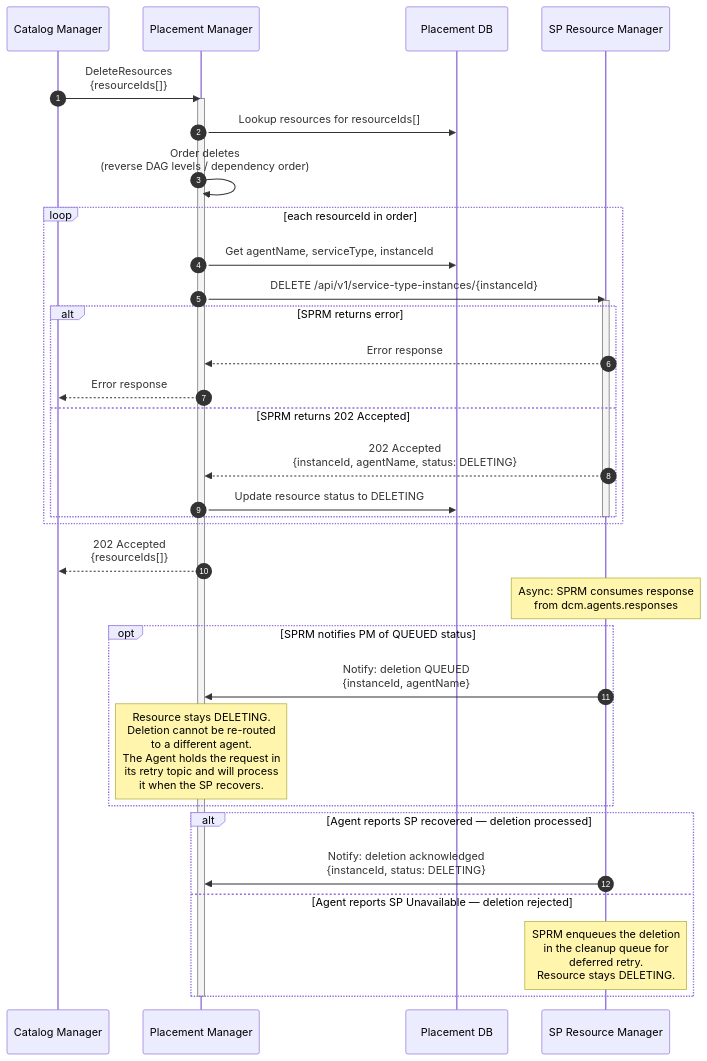
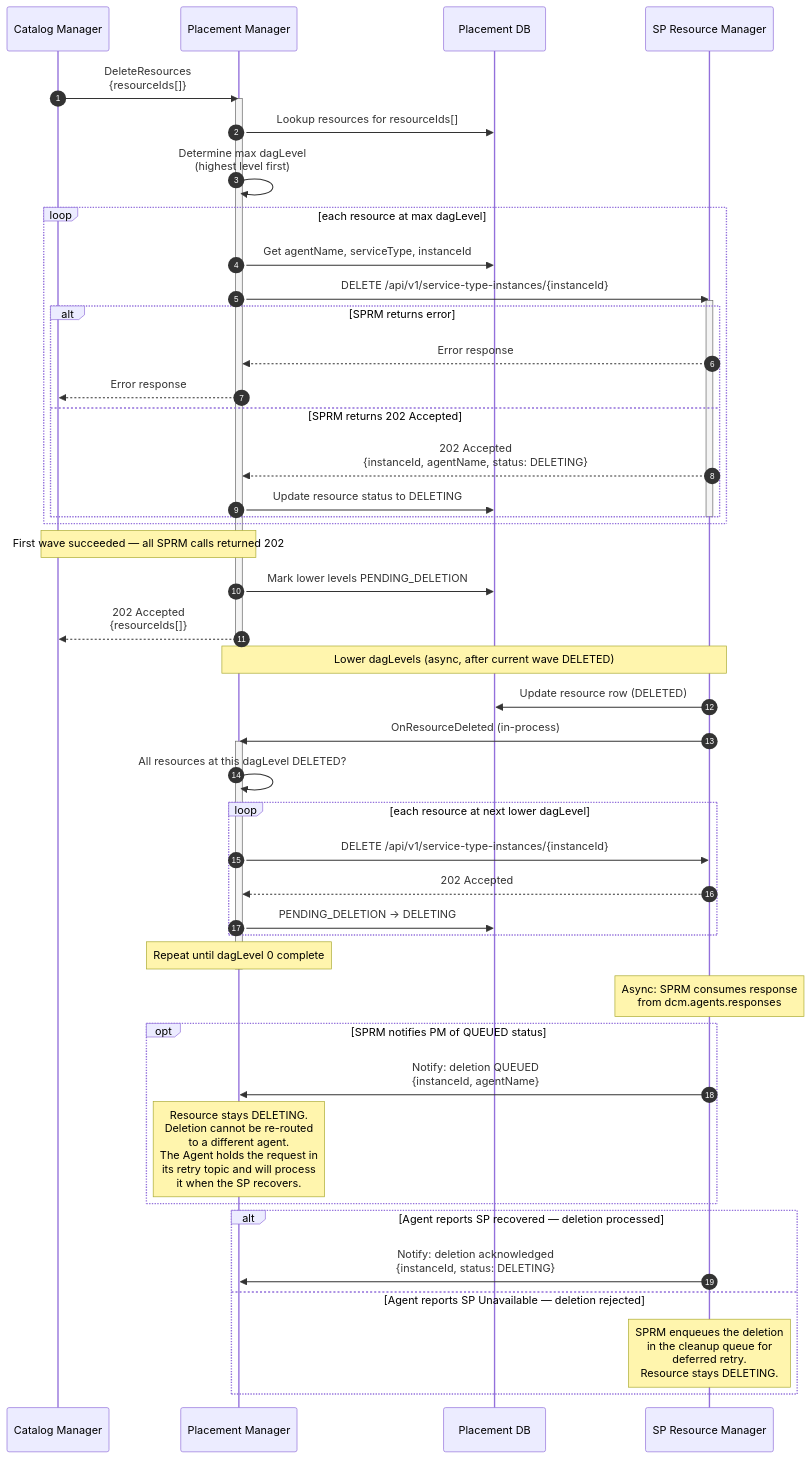
The fourth of 4 diagrams in enhancements/placement-manager/placement-manager.md (dcm-project/enhancements), drawn with Mermaid before and after one commit. The commit also changed other lines of this file and 1 other file, not shown here.

Commit message:
Update deletion flow and diagram Assisted-By: Cursor AI

````diff
--- a/enhancements/placement-manager/placement-manager.md
+++ b/enhancements/placement-manager/placement-manager.md
@@ -773,45 +778,65 @@
 ```mermaid
 sequenceDiagram
     autonumber
     participant CM as Catalog Manager
     participant PM as Placement Manager
     participant DB as Placement DB
     participant SPRM as SP Resource Manager
 
     CM->>PM: DeleteResources<br/>{resourceIds[]}
     activate PM
 
     PM->>DB: Lookup resources for resourceIds[]
-    PM->>PM: Order deletes<br/>(reverse DAG levels / dependency order)
+    PM->>PM: Determine max dagLevel<br/>(highest level first)
 
-    loop each resourceId in order
+    loop each resource at max dagLevel
         PM->>DB: Get agentName, serviceType, instanceId
         PM->>SPRM: DELETE /api/v1/service-type-instances/{instanceId}
         activate SPRM
 
         alt SPRM returns error
             SPRM-->>PM: Error response
             PM-->>CM: Error response
         else SPRM returns 202 Accepted
             SPRM-->>PM: 202 Accepted<br/>{instanceId, agentName, status: DELETING}
             PM->>DB: Update resource status to DELETING
         end
         deactivate SPRM
     end
 
+    Note over PM,CM: First wave succeeded — all SPRM calls returned 202
+
+    PM->>DB: Mark lower levels PENDING_DELETION
+
     PM-->>CM: 202 Accepted<br/>{resourceIds[]}
+    deactivate PM
+
+    Note over SPRM,PM: Lower dagLevels (async, after current wave DELETED)
+
+    SPRM->>DB: Update resource row (DELETED)
+    SPRM->>PM: OnResourceDeleted (in-process)
+    activate PM
+
+    PM->>PM: All resources at this dagLevel DELETED?
+    loop each resource at next lower dagLevel
+        PM->>SPRM: DELETE /api/v1/service-type-instances/{instanceId}
+        SPRM-->>PM: 202 Accepted
+        PM->>DB: PENDING_DELETION → DELETING
+    end
+
+    Note over PM: Repeat until dagLevel 0 complete
+    deactivate PM
 
     Note over SPRM: Async: SPRM consumes response<br/>from dcm.agents.responses
 
     opt SPRM notifies PM of QUEUED status
         SPRM->>PM: Notify: deletion QUEUED<br/>{instanceId, agentName}
         Note over PM: Resource stays DELETING.<br/>Deletion cannot be re-routed<br/>to a different agent.<br/>The Agent holds the request in<br/>its retry topic and will process<br/>it when the SP recovers.
     end
 
     alt Agent reports SP recovered — deletion processed
         SPRM->>PM: Notify: deletion acknowledged<br/>{instanceId, status: DELETING}
     else Agent reports SP Unavailable — deletion rejected
         Note over SPRM: SPRM enqueues the deletion<br/>in the cleanup queue for<br/>deferred retry.<br/>Resource stays DELETING.
     end
-    deactivate PM
 ```
````
